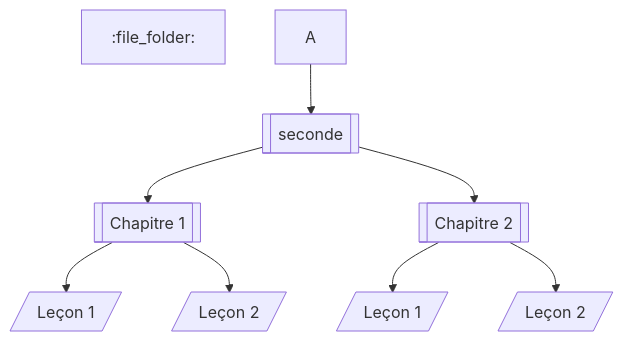
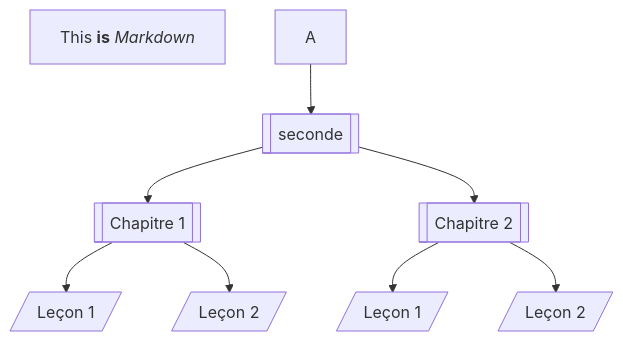
One commit to boddaert/snt changed the diagram in seconde/Introduction/Introduction.md. Above: the diagram before and after it, drawn with Mermaid.

````diff
--- a/seconde/Introduction/Introduction.md
+++ b/seconde/Introduction/Introduction.md
@@ -5,12 +5,12 @@
 ```mermaid
     flowchart TB;
-        markdown["`:file_folder:`"]
+        markdown["`This **is** _Markdown_`"]
         
         A-->B[[seconde]];
         B[[seconde]]-->C[[Chapitre 1]]
         B[[seconde]]-->F[[Chapitre 2]]
         C[[Chapitre 1]]-->D[/Leçon 1/]
         C[[Chapitre 1]]-->E[/Leçon 2/]
         F[[Chapitre 2]]-->G[/Leçon 1/]
         F[[Chapitre 2]]-->H[/Leçon 2/]
 ```
````
